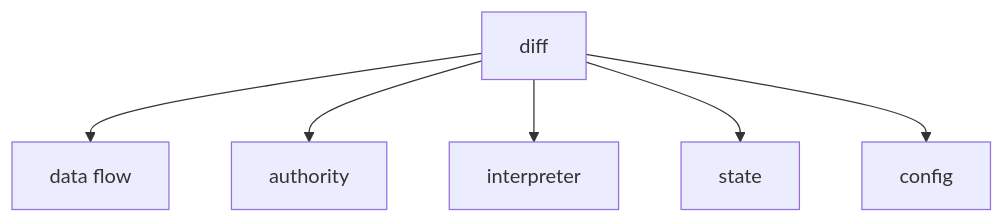
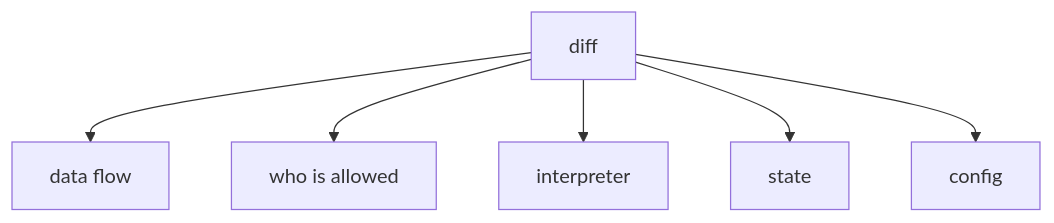
One commit to ishitvagoel/LearnSecurity changed the first of 2 diagrams in content/modules/9/9.2/lessons/02-model.md. Above: the diagram before and after it, drawn with Mermaid. The commit also changed other lines of this file and 39 other files, not shown here.

````diff
--- a/content/modules/9/9.2/lessons/02-model.md
+++ b/content/modules/9/9.2/lessons/02-model.md
@@ -15,8 +16,8 @@
 ```mermaid
 flowchart TD
   Diff[diff] --> Q1[data flow]
-  Diff --> Q2[authority]
+  Diff --> Q2[who is allowed]
   Diff --> Q3[interpreter]
   Diff --> Q4[state]
   Diff --> Q5[config]
 ```
````
